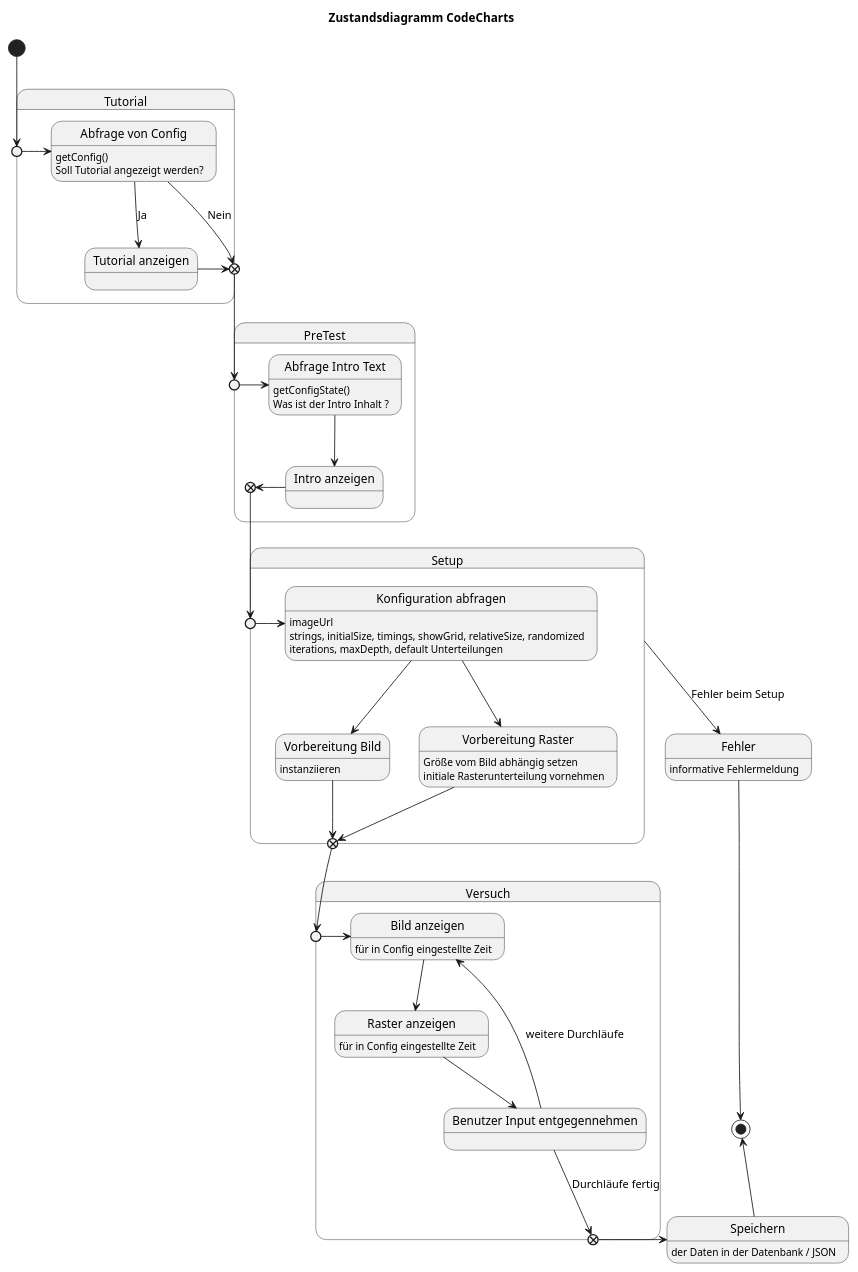
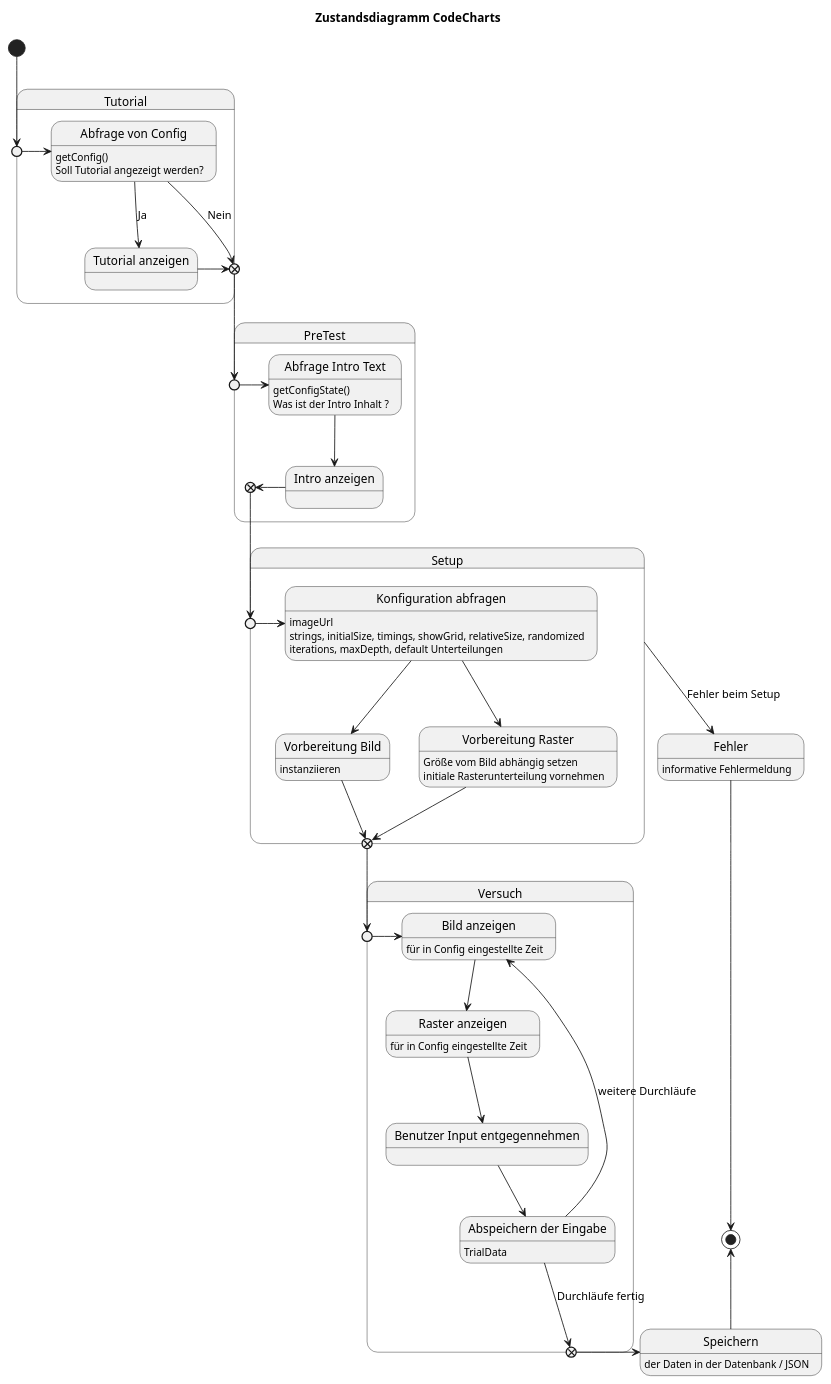
The diagram in uml-state/codecharts/zustand-codecharts.puml (weichware-10/dokumente), drawn with PlantUML before and after one commit. The commit also changed 1 other file, not shown here.

```diff
--- a/uml-state/codecharts/zustand-codecharts.puml
+++ b/uml-state/codecharts/zustand-codecharts.puml
@@ -1,68 +1,70 @@
 @startuml codecharts
 title Zustandsdiagramm CodeCharts
 state "Fehler" as err : informative Fehlermeldung
 state Speichern : der Daten in der Datenbank / JSON
 
 state "Tutorial" as t {
     state " " as tnp <<entryPoint>>
     state " " as txp <<exitPoint>>
     state "Abfrage von Config" as ac : getConfig()\nSoll Tutorial angezeigt werden?
     state "Tutorial anzeigen" as ta
     tnp -l-> ac
     ac --> ta : Ja
     ac --> txp : Nein
     ta -r-> txp
 }
 
 state "PreTest" as p {
     state " " as pnp <<entryPoint>>
     state " " as pxp <<exitPoint>>
     state "Abfrage Intro Text" as it : getConfigState()\nWas ist der Intro Inhalt ?
     state "Intro anzeigen" as ia
     pnp -l-> it
     it --> ia
     ia -r-> pxp
 }
 
 state "Setup" as s {
     state " " as snp <<entryPoint>>
     state " " as sxp <<exitPoint>>
     state "Konfiguration abfragen" as ka : imageUrl
     ka : strings, initialSize, timings, showGrid, relativeSize, randomized
     ka: iterations, maxDepth, default Unterteilungen
     state "Vorbereitung Bild" as vb : instanziieren
     state "Vorbereitung Raster" as vr : Größe vom Bild abhängig setzen
     vr : initiale Rasterunterteilung vornehmen
     snp -l-> ka
     ka --> vb
     ka --> vr
     vr -d-> sxp
     vb -d-> sxp
 }
 
 
 state "Versuch" as v {
     state " " as vnp <<entryPoint>>
     state " " as vxp <<exitPoint>>
     state "Bild anzeigen" as ba : für in Config eingestellte Zeit
     state "Raster anzeigen" as ra : für in Config eingestellte Zeit
     state "Benutzer Input entgegennehmen" as bi
+    state "Abspeichern der Eingabe" as ae : TrialData
     vnp -l-> ba
     ba --> ra
     ra --> bi
-    bi --> ba : weitere Durchläufe
-    bi --> vxp : Durchläufe fertig
+    bi --> ae
+    ae --> ba : weitere Durchläufe
+    ae --> vxp : Durchläufe fertig
 }
 
 s --> err : Fehler beim Setup
 [*] --> tnp
 
 txp --> pnp
 pxp --> snp
 sxp --> vnp
 vxp -r-> Speichern
 
 Speichern -u-> [*]
 err -d-> [*]
 
 @enduml
```
